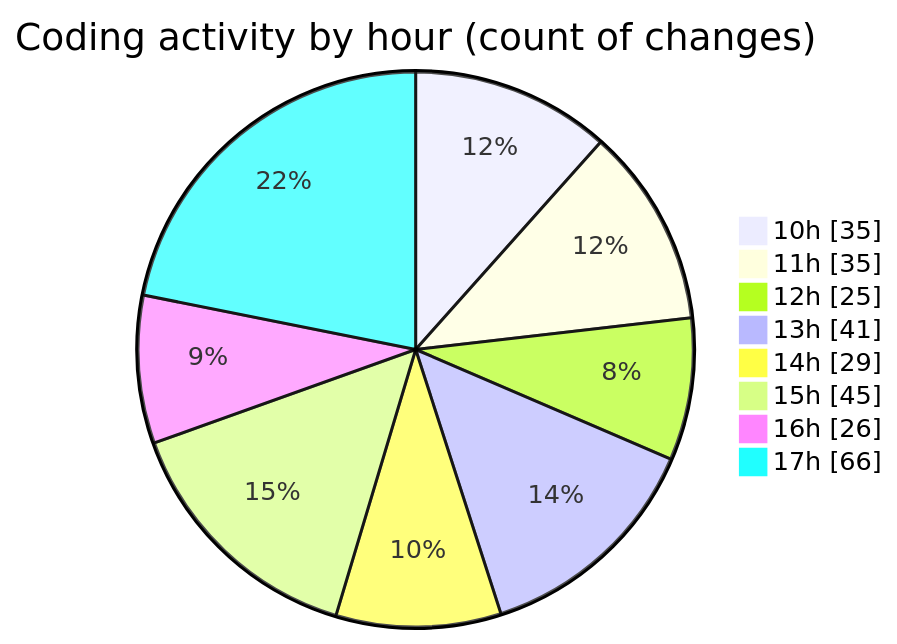
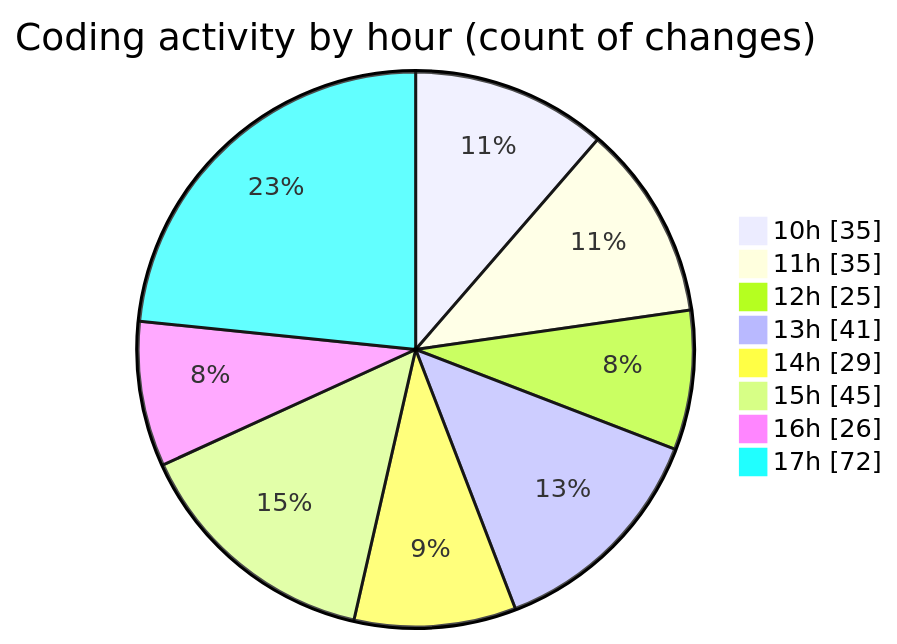
The second of 2 diagrams in 2025-03-26/cda/README.md (momahboobian/code-tracking), drawn with Mermaid before and after one commit. The commit also changed other lines of this file and 1 other file, not shown here.

````diff
--- a/2025-03-26/cda/README.md
+++ b/2025-03-26/cda/README.md
@@ -55,12 +55,12 @@
 ```mermaid
 pie showData
 title Coding activity by hour (count of changes)
 "10h" : 35
 "11h" : 35
 "12h" : 25
 "13h" : 41
 "14h" : 29
 "15h" : 45
 "16h" : 26
-"17h" : 66
+"17h" : 72
 ```
````
